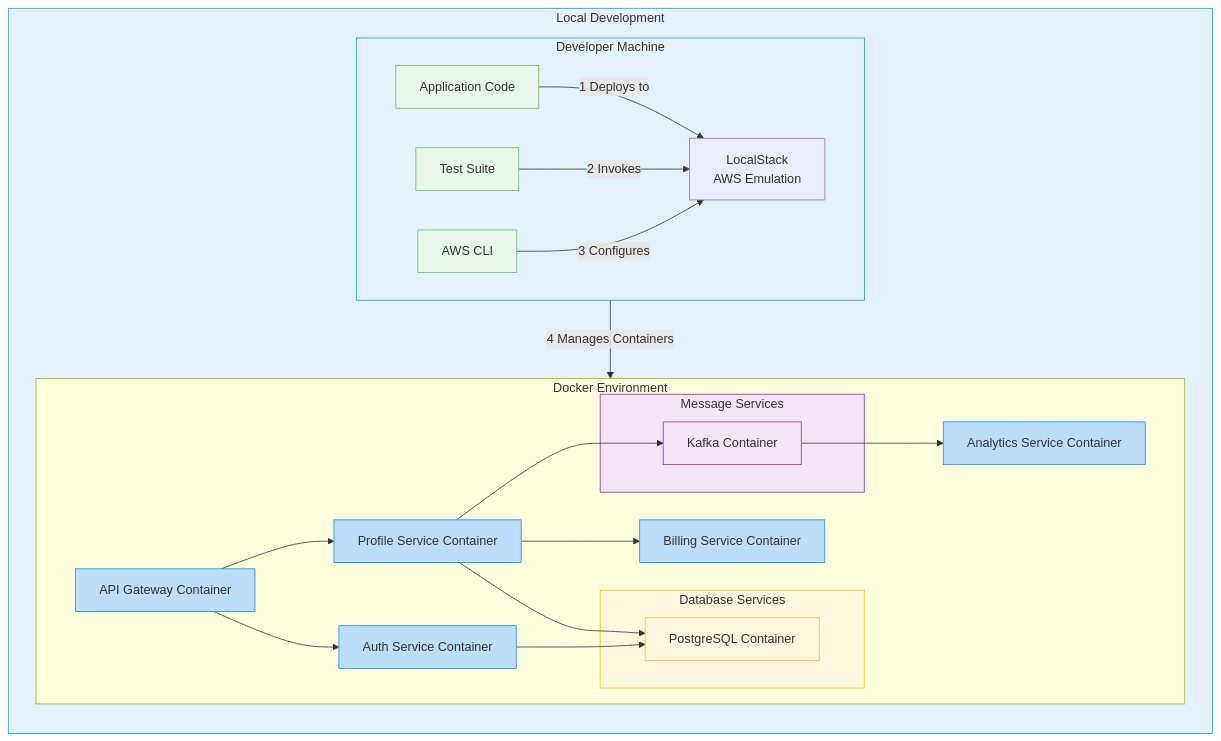
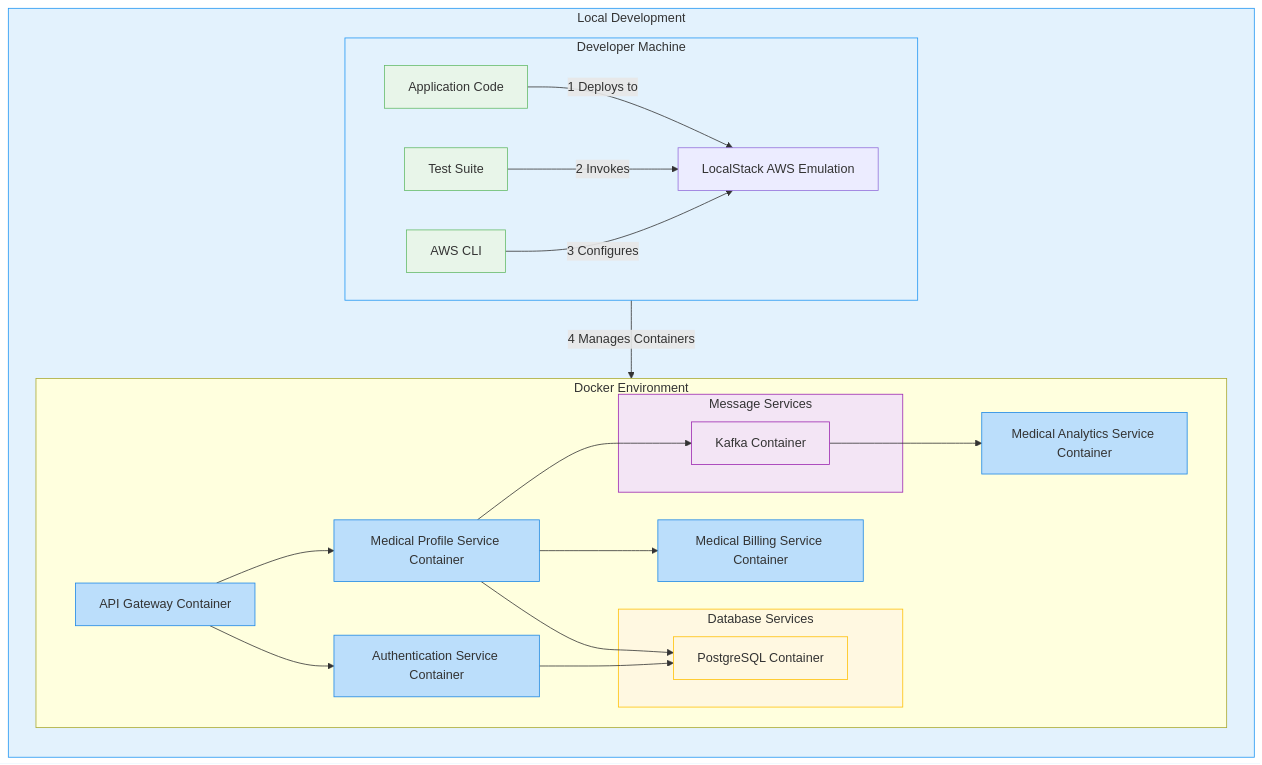
Diagram 13 of 13 in README.md (PritiAryal/MediCore), drawn with Mermaid before and after one commit. The commit also changed other lines of this file and 1 other file, not shown here.

````diff
--- a/README.md
+++ b/README.md
@@ -2016,52 +2016,52 @@
 ```mermaid
 flowchart TB
                     subgraph Local[Local Development]
                         direction TB
                         
                         subgraph IDE[Developer Machine]
                             direction LR
-                            Code[Application Code] -->|1 Deploys to| LocalStack[LocalStack\nAWS Emulation]
+                            Code[Application Code] -->|1 Deploys to| LocalStack[LocalStack AWS Emulation]
                             Tests[Test Suite] -->|2 Invokes| LocalStack
                             CLI[AWS CLI] -->|3 Configures| LocalStack
                         end
                         
                         subgraph DockerEnv[Docker Environment]
                             APIGW[API Gateway Container]
-                            AUTH[Auth Service Container]
-                            PROFILE[Profile Service Container]
-                            BILLING[Billing Service Container]
-                            ANALYTICS[Analytics Service Container]
+                            AUTH[Authentication Service Container]
+                            PROFILE[Medical Profile Service Container]
+                            BILLING[Medical Billing Service Container]
+                            ANALYTICS[Medical Analytics Service Container]
                             
                             subgraph DB[Database Services]
                                 POSTGRES[PostgreSQL Container]
                             end
                             
                             subgraph MSG[Message Services]
                                 KAFKA[Kafka Container]
                             end
                         end
                         
                         LocalStack -->|4 Manages Containers| DockerEnv
                         
                         %% Service Connections
                         APIGW --> AUTH
                         APIGW --> PROFILE
                         PROFILE --> BILLING
                         PROFILE --> KAFKA
                         KAFKA --> ANALYTICS
                         AUTH --> POSTGRES
                         PROFILE --> POSTGRES
                     end
                     
                     classDef dev fill:#e3f2fd,stroke:#2196f3;
                     classDef container fill:#bbdefb,stroke:#1e88e5;
                     classDef db fill:#fff8e1,stroke:#ffc107;
                     classDef msg fill:#f3e5f5,stroke:#9c27b0;
                     classDef tool fill:#e8f5e9,stroke:#66bb6a;
                     
                     class Local,IDE dev;
                     class APIGW,AUTH,PROFILE,BILLING,ANALYTICS container;
                     class DB,POSTGRES db;
                     class MSG,KAFKA msg;
                     class Code,Tests,CLI tool;
 ```
````
